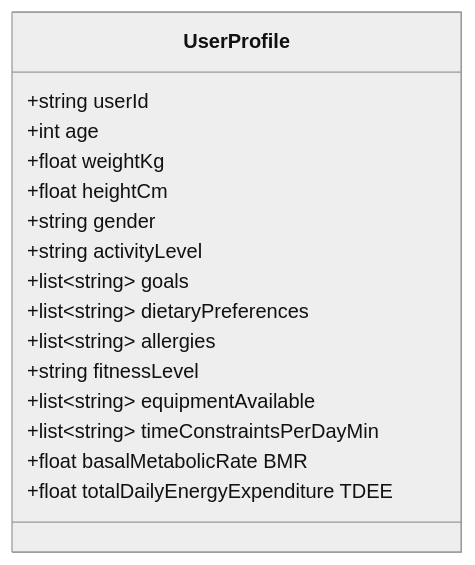
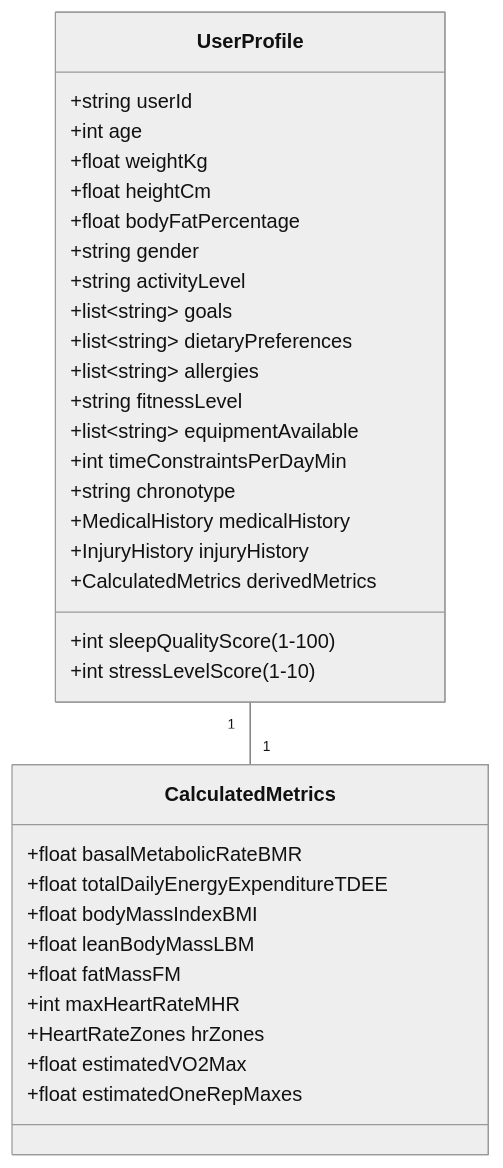
Before and after one commit to diplomat-bit/Citibank_Demo_Business_Inc_Demonstration-: the third of 9 diagrams in inventions/069_ai_fitness_plan_generation.md, drawn with Mermaid (neutral theme). The commit also changed other lines of this file, not shown here.

````diff
--- a/inventions/069_ai_fitness_plan_generation.md
+++ b/inventions/069_ai_fitness_plan_generation.md
@@ -47,19 +93,36 @@
 ```mermaid
 classDiagram
     class UserProfile {
         +string userId
         +int age
         +float weightKg
         +float heightCm
+        +float bodyFatPercentage
         +string gender
         +string activityLevel
         +list~string~ goals
         +list~string~ dietaryPreferences
         +list~string~ allergies
         +string fitnessLevel
         +list~string~ equipmentAvailable
-        +list~string~ timeConstraintsPerDayMin
-        +float basalMetabolicRate BMR
-        +float totalDailyEnergyExpenditure TDEE
+        +int timeConstraintsPerDayMin
+        +string chronotype
+        +int sleepQualityScore (1-100)
+        +int stressLevelScore (1-10)
+        +MedicalHistory medicalHistory
+        +InjuryHistory injuryHistory
+        +CalculatedMetrics derivedMetrics
     }
+    class CalculatedMetrics {
+      +float basalMetabolicRateBMR
+      +float totalDailyEnergyExpenditureTDEE
+      +float bodyMassIndexBMI
+      +float leanBodyMassLBM
+      +float fatMassFM
+      +int maxHeartRateMHR
+      +HeartRateZones hrZones
+      +float estimatedVO2Max
+      +float estimatedOneRepMaxes
+    }
+    UserProfile "1" -- "1" CalculatedMetrics
 ```
````
